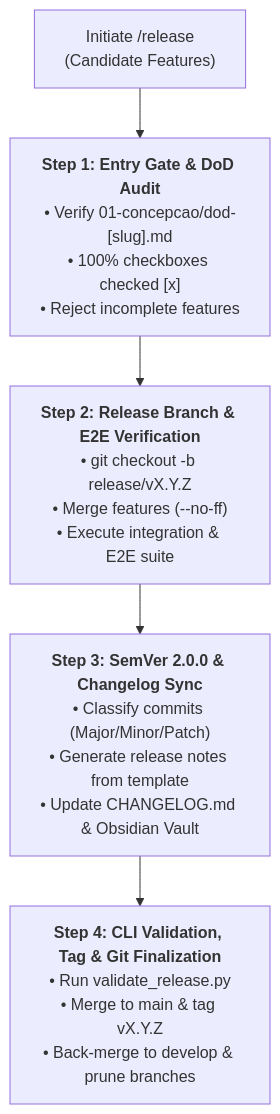
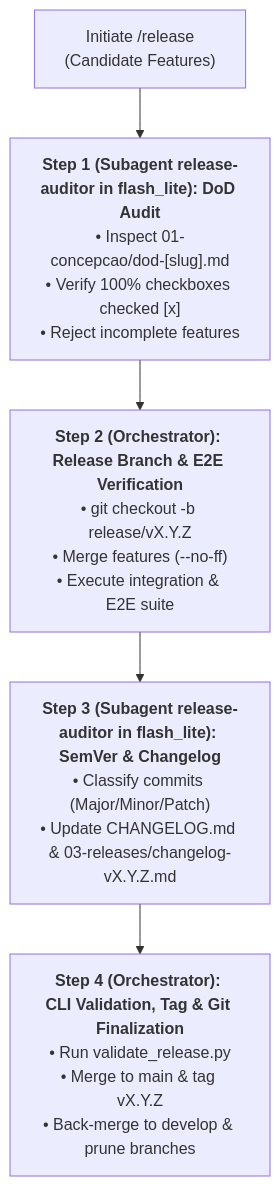
One commit to MarcosVeniciu/antigravity-agentic-skills changed the diagram in skills/release/SKILL.md. Above: the diagram before and after it, drawn with Mermaid. The commit also changed other lines of this file and 23 other files, not shown here.

Commit message:
feat(skills): evolve Tier 1 and Tier 2 skills to SDD 2.0 subagent architecture and complete doc/ READMEs

````diff
--- a/skills/release/SKILL.md
+++ b/skills/release/SKILL.md
@@ -26,7 +26,7 @@
 ```mermaid
 flowchart TD
-    Start["Initiate /release<br/>(Candidate Features)"] --> S1["<b>Step 1: Entry Gate & DoD Audit</b><br/>• Verify 01-concepcao/dod-[slug].md<br/>• 100% checkboxes checked [x]<br/>• Reject incomplete features"]
-    S1 --> S2["<b>Step 2: Release Branch & E2E Verification</b><br/>• git checkout -b release/vX.Y.Z<br/>• Merge features (--no-ff)<br/>• Execute integration & E2E suite"]
-    S2 --> S3["<b>Step 3: SemVer 2.0.0 & Changelog Sync</b><br/>• Classify commits (Major/Minor/Patch)<br/>• Generate release notes from template<br/>• Update CHANGELOG.md & Obsidian Vault"]
-    S3 --> S4["<b>Step 4: CLI Validation, Tag & Git Finalization</b><br/>• Run validate_release.py<br/>• Merge to main & tag vX.Y.Z<br/>• Back-merge to develop & prune branches"]
+    Start["Initiate /release<br/>(Candidate Features)"] --> S1["<b>Step 1 (Subagent release-auditor in flash_lite): DoD Audit</b><br/>• Inspect 01-concepcao/dod-[slug].md<br/>• Verify 100% checkboxes checked [x]<br/>• Reject incomplete features"]
+    S1 --> S2["<b>Step 2 (Orchestrator): Release Branch & E2E Verification</b><br/>• git checkout -b release/vX.Y.Z<br/>• Merge features (--no-ff)<br/>• Execute integration & E2E suite"]
+    S2 --> S3["<b>Step 3 (Subagent release-auditor in flash_lite): SemVer & Changelog</b><br/>• Classify commits (Major/Minor/Patch)<br/>• Update CHANGELOG.md & 03-releases/changelog-vX.Y.Z.md"]
+    S3 --> S4["<b>Step 4 (Orchestrator): CLI Validation, Tag & Git Finalization</b><br/>• Run validate_release.py<br/>• Merge to main & tag vX.Y.Z<br/>• Back-merge to develop & prune branches"]
 ```
````
